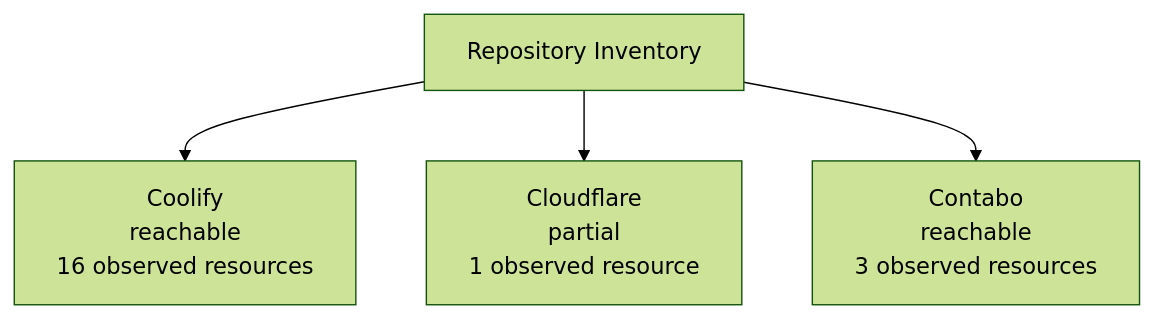
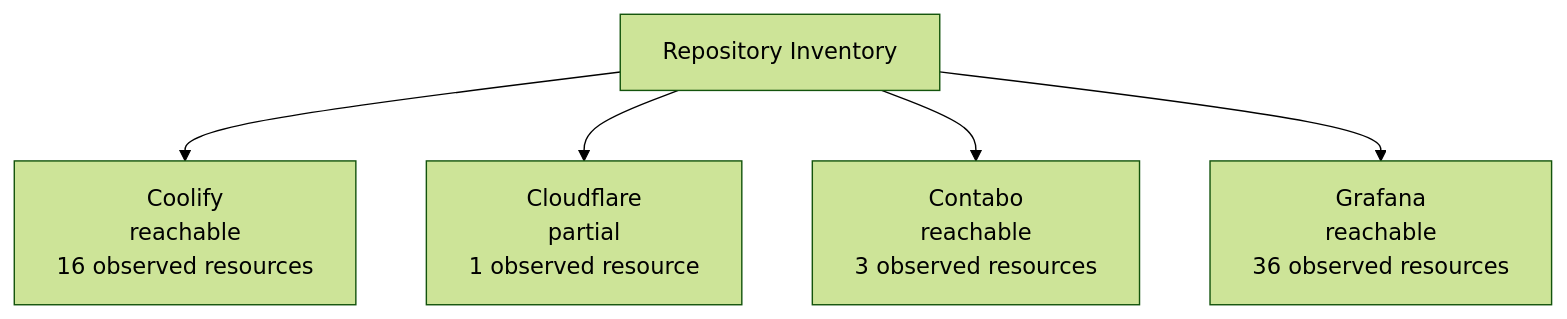
One commit to scaredfinger/ops-hub changed the first of 4 diagrams in docs/infrastructure-graphs.md. Above: the diagram before and after it, drawn with Mermaid (forest theme). The commit also changed other lines of this file and 8 other files, not shown here.

````diff
--- a/docs/infrastructure-graphs.md
+++ b/docs/infrastructure-graphs.md
@@ -9,12 +9,14 @@
 ```mermaid
 flowchart TB
   repo["Repository Inventory"]
 
   coolify["Coolify\nreachable\n16 observed resources"]
   cloudflare["Cloudflare\npartial\n1 observed resource"]
   contabo["Contabo\nreachable\n3 observed resources"]
+  grafana["Grafana\nreachable\n36 observed resources"]
 
   repo --> coolify
   repo --> cloudflare
   repo --> contabo
+  repo --> grafana
 ```
````
